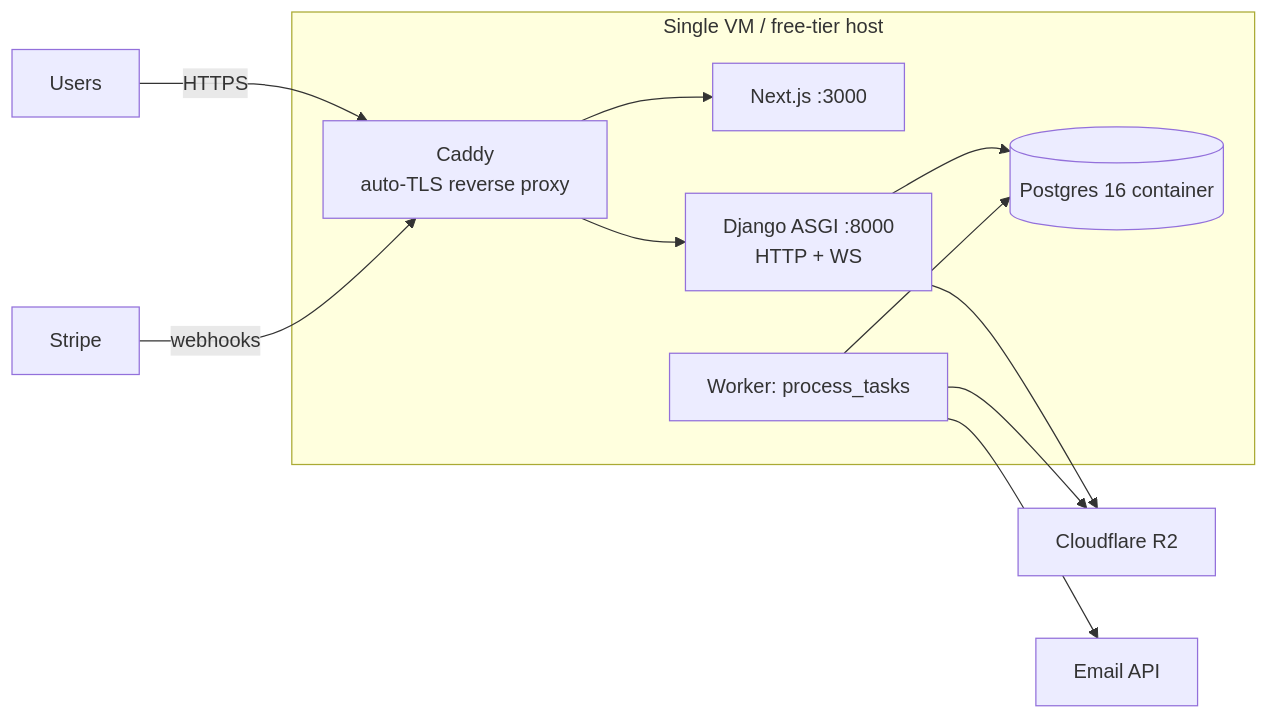
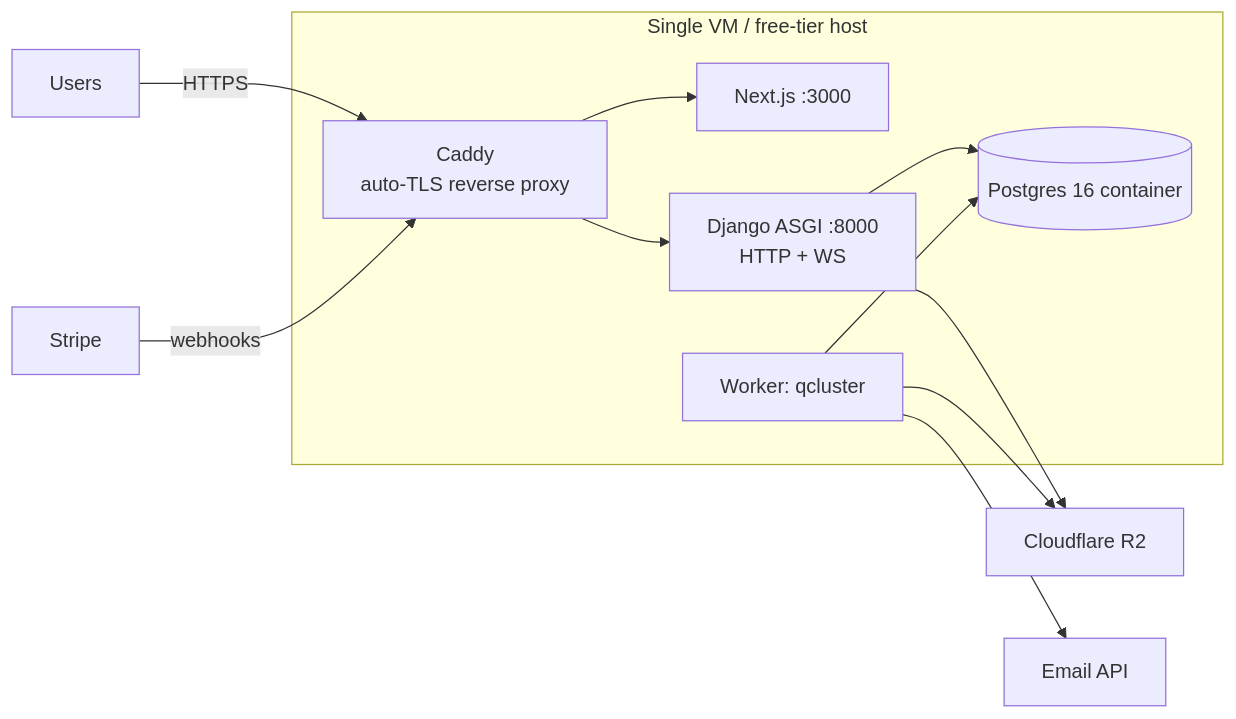
One commit to shaheenaslam10/knowledge-marketplace changed the diagram in docs/architecture/deployment.md. Above: the diagram before and after it, drawn with Mermaid. The commit also changed 11 other files, not shown here.

First line of the commit message:
docs: Phase 1 sync — ADR-0002 amended, readiness check, roadmap status

````diff
--- a/docs/architecture/deployment.md
+++ b/docs/architecture/deployment.md
@@ -7,14 +7,14 @@
 ```mermaid
 flowchart LR
     U[Users] -->|HTTPS| C[Caddy<br/>auto-TLS reverse proxy]
     C --> N[Next.js :3000]
     C --> D[Django ASGI :8000<br/>HTTP + WS]
     subgraph VM["Single VM / free-tier host"]
-        C; N; D; W[Worker: process_tasks]
+        C; N; D; W[Worker: qcluster]
         PG[(Postgres 16 container)]
     end
     D --> PG; W --> PG
     D --> R2[Cloudflare R2]
     W --> R2; W --> E[Email API]
     ST[Stripe] -->|webhooks| C
 ```
````
